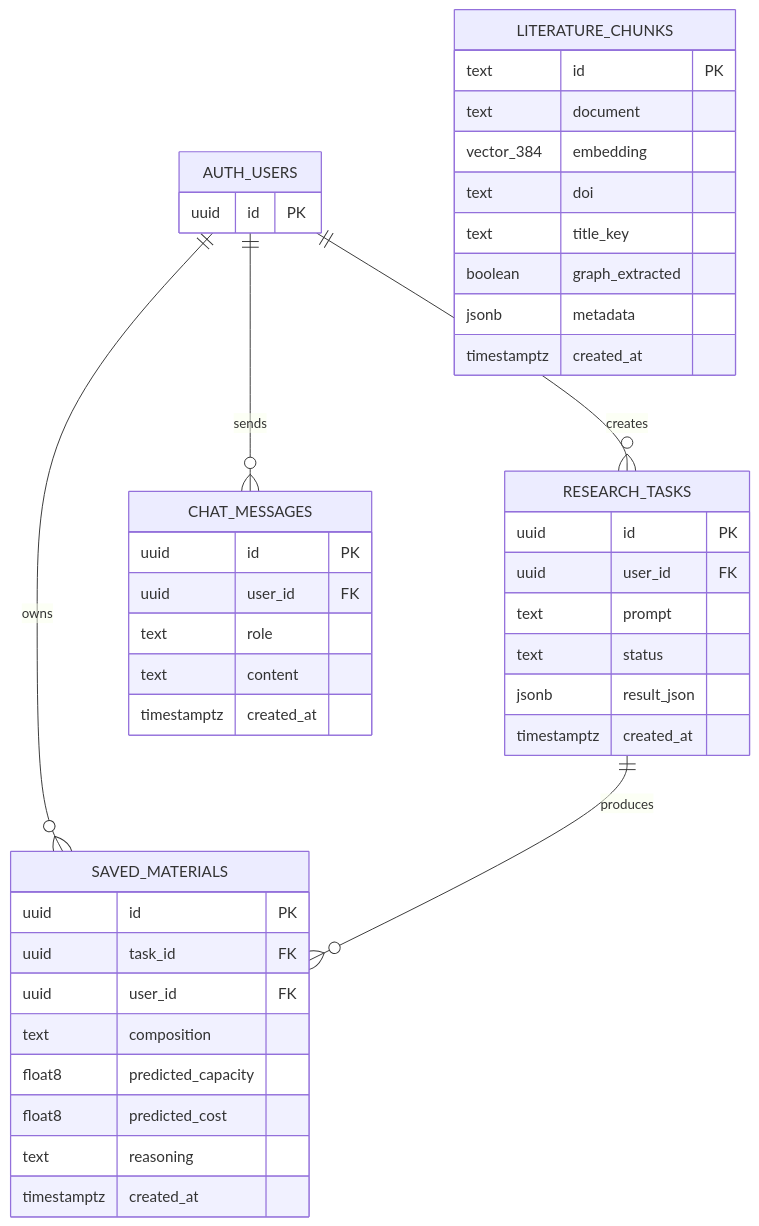
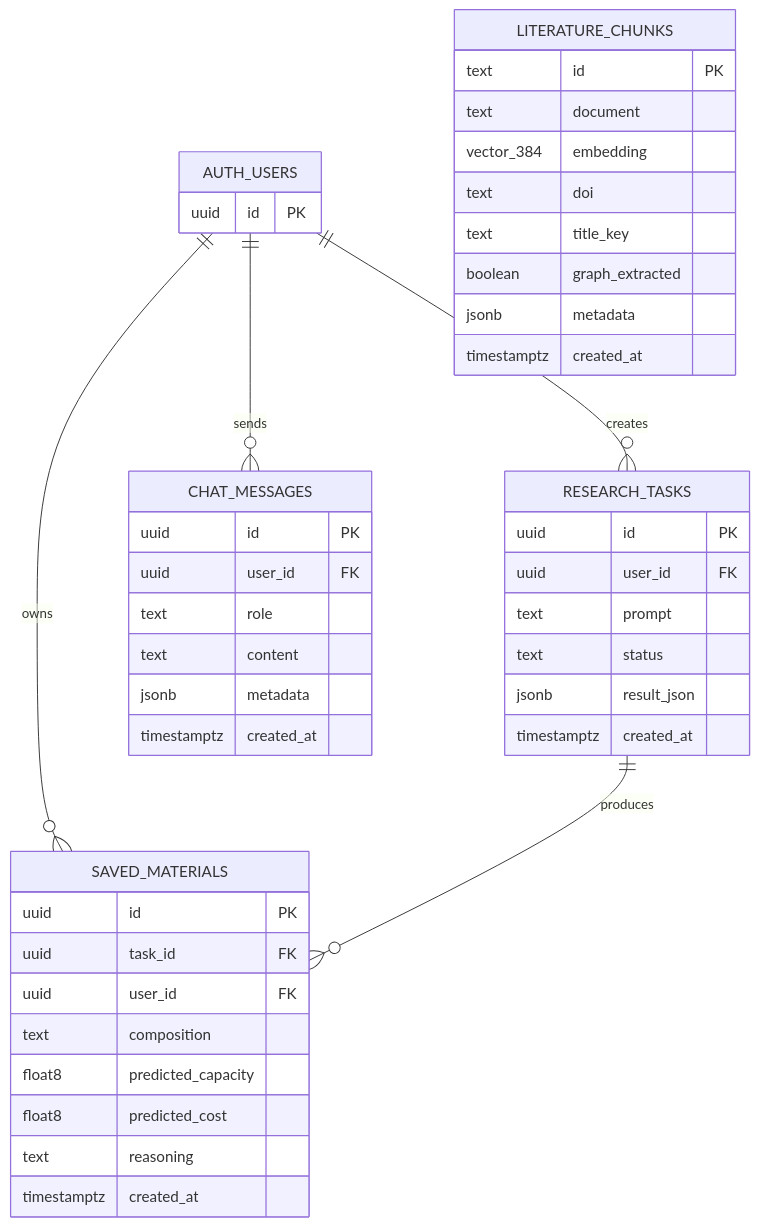
Diagram 20 of 29 in README.md (Rahul-8283/AURA_Data_Driven), drawn with Mermaid before and after one commit. The commit also changed other lines of this file and 1 other file, not shown here.

````diff
--- a/README.md
+++ b/README.md
@@ -854,46 +855,47 @@
 ```mermaid
 erDiagram
     AUTH_USERS ||--o{ RESEARCH_TASKS : creates
     AUTH_USERS ||--o{ SAVED_MATERIALS : owns
     AUTH_USERS ||--o{ CHAT_MESSAGES : sends
     RESEARCH_TASKS ||--o{ SAVED_MATERIALS : produces
 
     AUTH_USERS {
         uuid id PK
     }
     RESEARCH_TASKS {
         uuid id PK
         uuid user_id FK
         text prompt
         text status
         jsonb result_json
         timestamptz created_at
     }
     SAVED_MATERIALS {
         uuid id PK
         uuid task_id FK
         uuid user_id FK
         text composition
         float8 predicted_capacity
         float8 predicted_cost
         text reasoning
         timestamptz created_at
     }
     CHAT_MESSAGES {
         uuid id PK
         uuid user_id FK
         text role
         text content
+        jsonb metadata
         timestamptz created_at
     }
     LITERATURE_CHUNKS {
         text id PK
         text document
         vector_384 embedding
         text doi
         text title_key
         boolean graph_extracted
         jsonb metadata
         timestamptz created_at
     }
 ```
````
